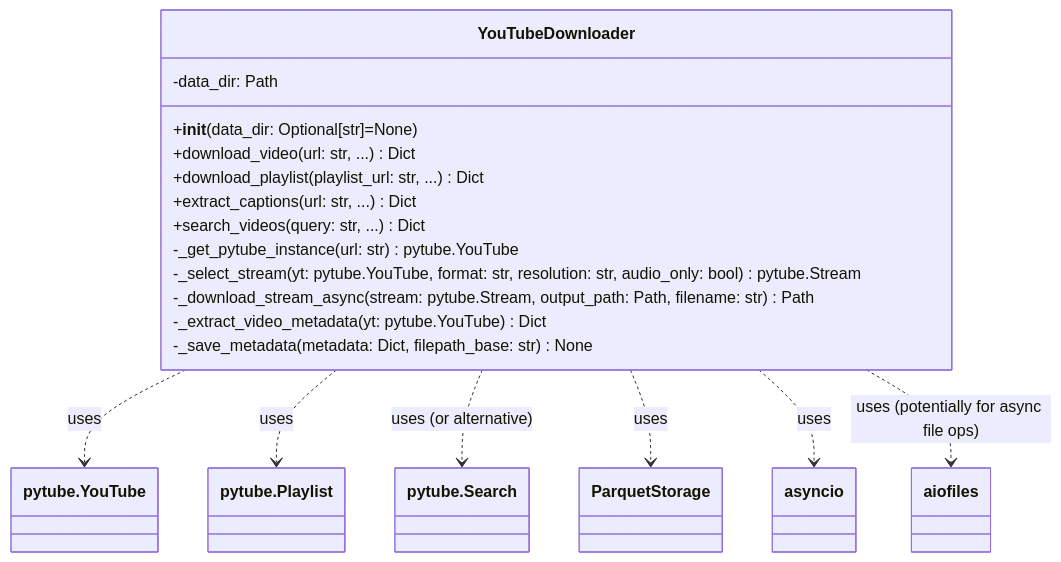
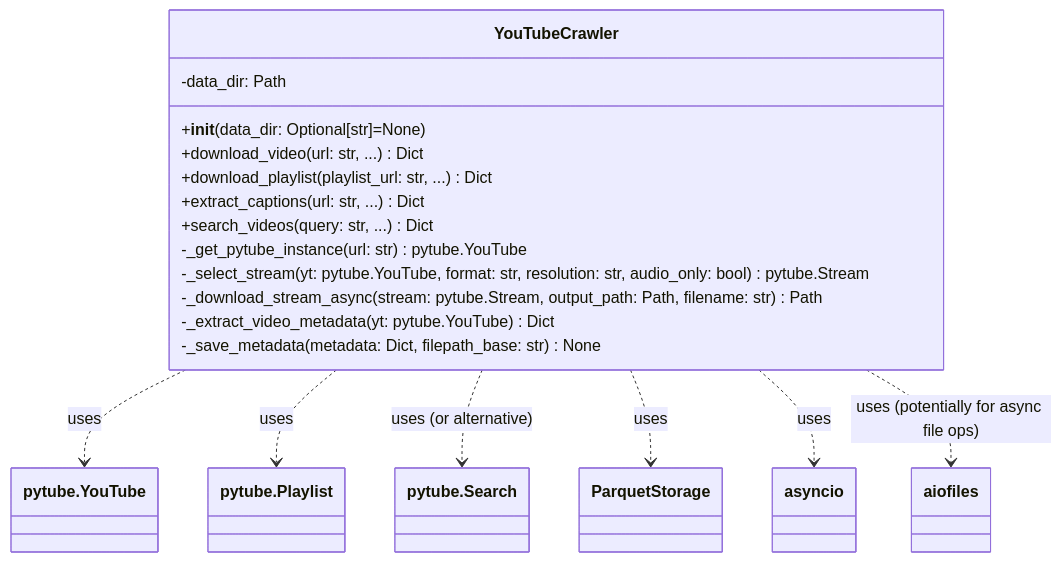
Before and after one commit to Ollama-Agent-Roll-Cage/oarc-crawlers: the fourth of 25 diagrams in docs/Crawlers.md, drawn with Mermaid. The commit also changed other lines of this file and 6 other files, not shown here.

````diff
--- a/docs/Crawlers.md
+++ b/docs/Crawlers.md
@@ -163,23 +164,23 @@
 ```mermaid
 classDiagram
-    class YouTubeDownloader {
+    class YouTubeCrawler {
         -data_dir: Path
         +__init__(data_dir: Optional[str]=None)
         +download_video(url: str, ...) Dict
         +download_playlist(playlist_url: str, ...) Dict
         +extract_captions(url: str, ...) Dict
         +search_videos(query: str, ...) Dict
         -_get_pytube_instance(url: str) pytube.YouTube
         -_select_stream(yt: pytube.YouTube, format: str, resolution: str, audio_only: bool) pytube.Stream
         -_download_stream_async(stream: pytube.Stream, output_path: Path, filename: str) Path
         -_extract_video_metadata(yt: pytube.YouTube) Dict
         -_save_metadata(metadata: Dict, filepath_base: str) None
     }
 
-    YouTubeDownloader ..> pytube.YouTube : uses
-    YouTubeDownloader ..> pytube.Playlist : uses
-    YouTubeDownloader ..> pytube.Search : uses (or alternative)
-    YouTubeDownloader ..> ParquetStorage : uses
-    YouTubeDownloader ..> asyncio : uses
-    YouTubeDownloader ..> aiofiles : uses (potentially for async file ops)
+    YouTubeCrawler ..> pytube.YouTube : uses
+    YouTubeCrawler ..> pytube.Playlist : uses
+    YouTubeCrawler ..> pytube.Search : uses (or alternative)
+    YouTubeCrawler ..> ParquetStorage : uses
+    YouTubeCrawler ..> asyncio : uses
+    YouTubeCrawler ..> aiofiles : uses (potentially for async file ops)
 ```
````
